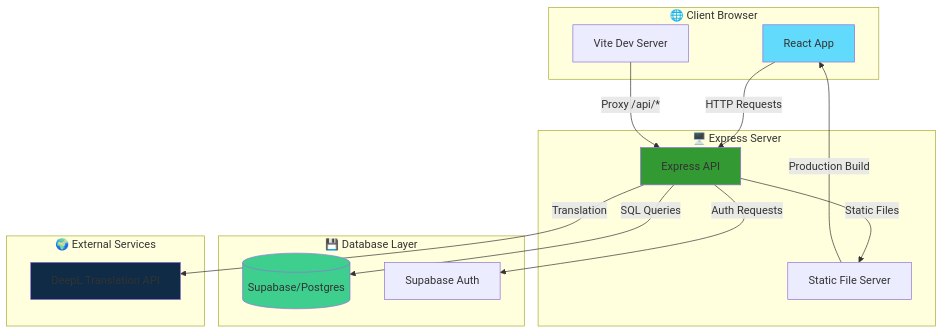
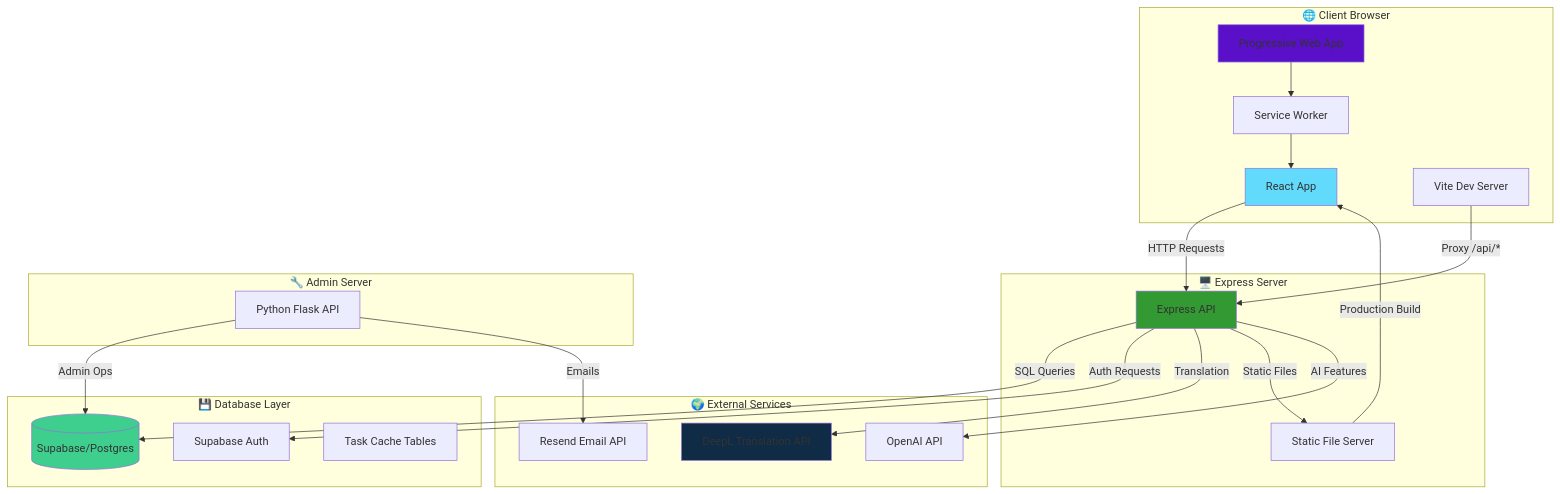
The first of 3 diagrams in plant-swipe/README.md (Duckxel/PlantSwipe), drawn with Mermaid before and after one commit. The commit also changed other lines of this file and 6 other files, not shown here.

````diff
--- a/plant-swipe/README.md
+++ b/plant-swipe/README.md
@@ -55,34 +64,49 @@
 ```mermaid
 flowchart TB
     subgraph Client["🌐 Client Browser"]
+        PWA[Progressive Web App]
+        SW[Service Worker]
         React[React App]
         Vite[Vite Dev Server]
     end
     
     subgraph Server["🖥️ Express Server"]
         ExpressAPI[Express API]
         StaticServe[Static File Server]
     end
     
+    subgraph AdminServer["🔧 Admin Server"]
+        Flask[Python Flask API]
+    end
+    
     subgraph Database["💾 Database Layer"]
         Supabase[(Supabase/Postgres)]
         Auth[Supabase Auth]
+        Cache[Task Cache Tables]
     end
     
     subgraph External["🌍 External Services"]
         DeepL[DeepL Translation API]
+        Resend[Resend Email API]
+        OpenAI[OpenAI API]
     end
     
+    PWA --> SW
+    SW --> React
     React -->|HTTP Requests| ExpressAPI
     Vite -->|Proxy /api/*| ExpressAPI
     ExpressAPI -->|SQL Queries| Supabase
     ExpressAPI -->|Auth Requests| Auth
     ExpressAPI -->|Translation| DeepL
     ExpressAPI -->|Static Files| StaticServe
     StaticServe -->|Production Build| React
+    Flask -->|Admin Ops| Supabase
+    Flask -->|Emails| Resend
+    ExpressAPI -->|AI Features| OpenAI
     
     style React fill:#61dafb
     style ExpressAPI fill:#339933
     style Supabase fill:#3ecf8e
     style DeepL fill:#0f2b46
+    style PWA fill:#5a0fc8
 ```
````
